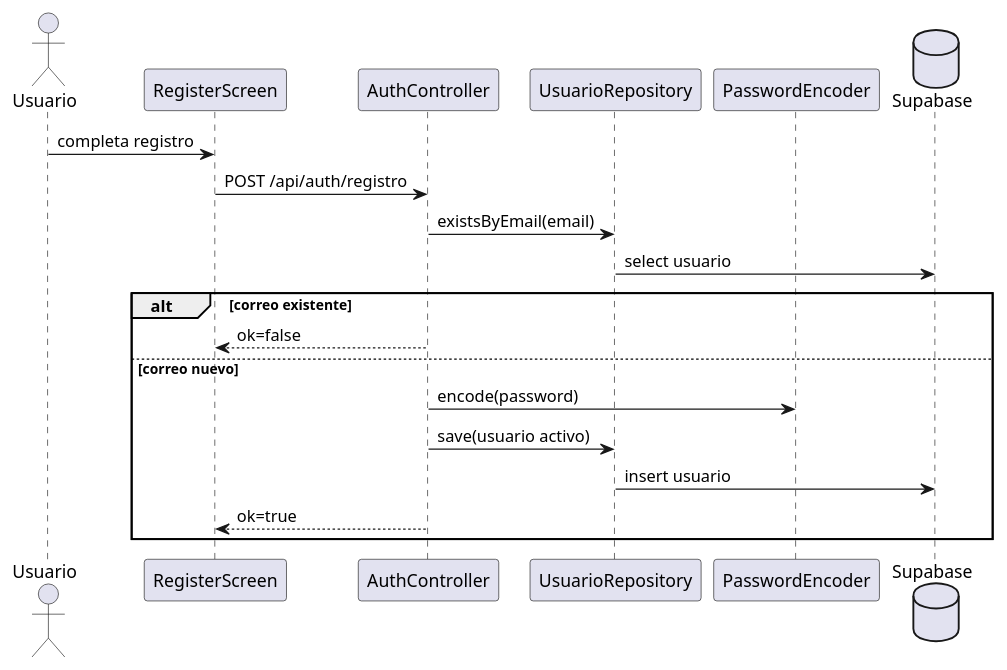
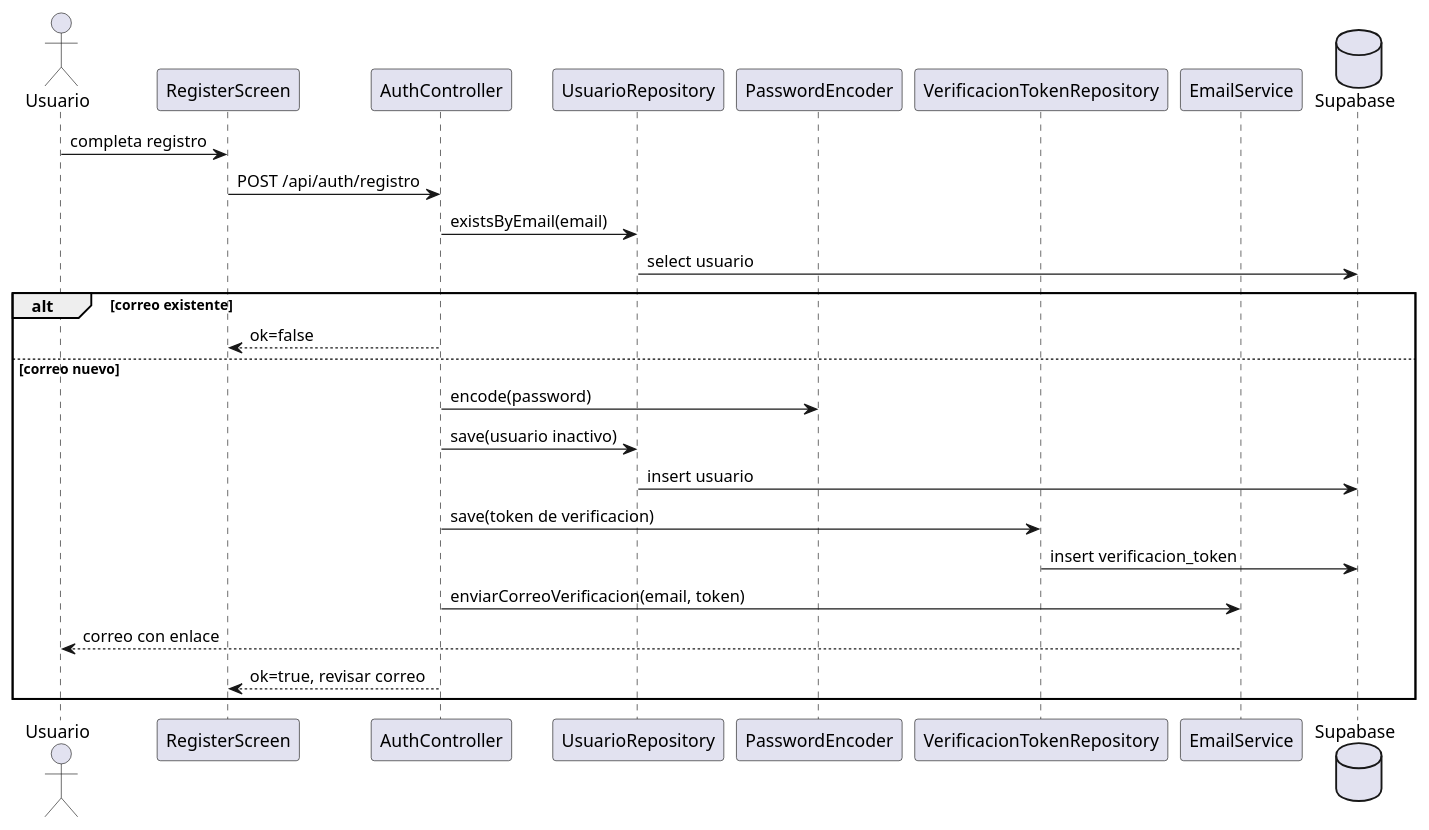
One commit to GioVxsquez/SkillSharing-IS2 changed diagram 11 of 19 in docs/analisis_release1_y_diagramas.md. Above: the diagram before and after it, drawn with PlantUML. The commit also changed other lines of this file and 4 other files, not shown here.

````diff
--- a/docs/analisis_release1_y_diagramas.md
+++ b/docs/analisis_release1_y_diagramas.md
@@ -582,23 +582,29 @@
 ```plantuml
 @startuml
 actor Usuario
 participant "RegisterScreen" as app
 participant "AuthController" as ctrl
 participant "UsuarioRepository" as repo
 participant "PasswordEncoder" as encoder
+participant "VerificacionTokenRepository" as tokenRepo
+participant "EmailService" as email
 database "Supabase" as db
 
 Usuario -> app : completa registro
 app -> ctrl : POST /api/auth/registro
 ctrl -> repo : existsByEmail(email)
 repo -> db : select usuario
 alt correo existente
   ctrl --> app : ok=false
 else correo nuevo
   ctrl -> encoder : encode(password)
-  ctrl -> repo : save(usuario activo)
+  ctrl -> repo : save(usuario inactivo)
   repo -> db : insert usuario
-  ctrl --> app : ok=true
+  ctrl -> tokenRepo : save(token de verificacion)
+  tokenRepo -> db : insert verificacion_token
+  ctrl -> email : enviarCorreoVerificacion(email, token)
+  email --> Usuario : correo con enlace
+  ctrl --> app : ok=true, revisar correo
 end
 @enduml
 ```
````
